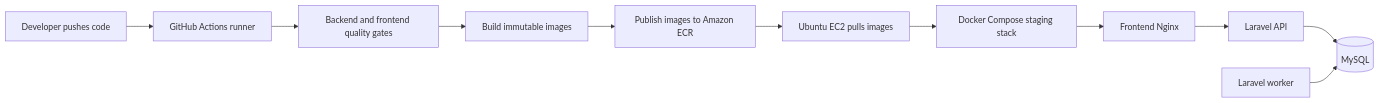
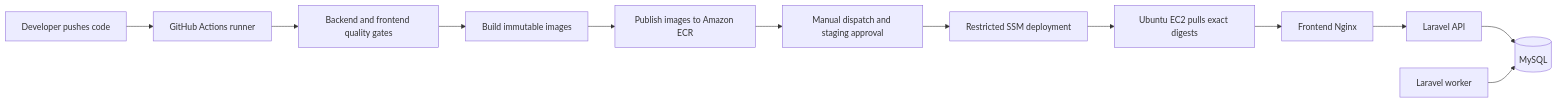
The first of 2 diagrams in CI-CD.md (Sama-Mokom/CampusDesk), drawn with Mermaid before and after one commit. The commit also changed other lines of this file and 18 other files, not shown here.

````diff
--- a/CI-CD.md
+++ b/CI-CD.md
@@ -52,13 +48,14 @@
 ```mermaid
 flowchart LR
     A[Developer pushes code] --> B[GitHub Actions runner]
     B --> C[Backend and frontend quality gates]
     C --> D[Build immutable images]
     D --> E[Publish images to Amazon ECR]
-    E --> F[Ubuntu EC2 pulls images]
-    F --> G[Docker Compose staging stack]
+    E --> F[Manual dispatch and staging approval]
+    F --> S[Restricted SSM deployment]
+    S --> G[Ubuntu EC2 pulls exact digests]
     G --> H[Frontend Nginx]
     H --> I[Laravel API]
     I --> J[(MySQL)]
     K[Laravel worker] --> J
 ```
````
